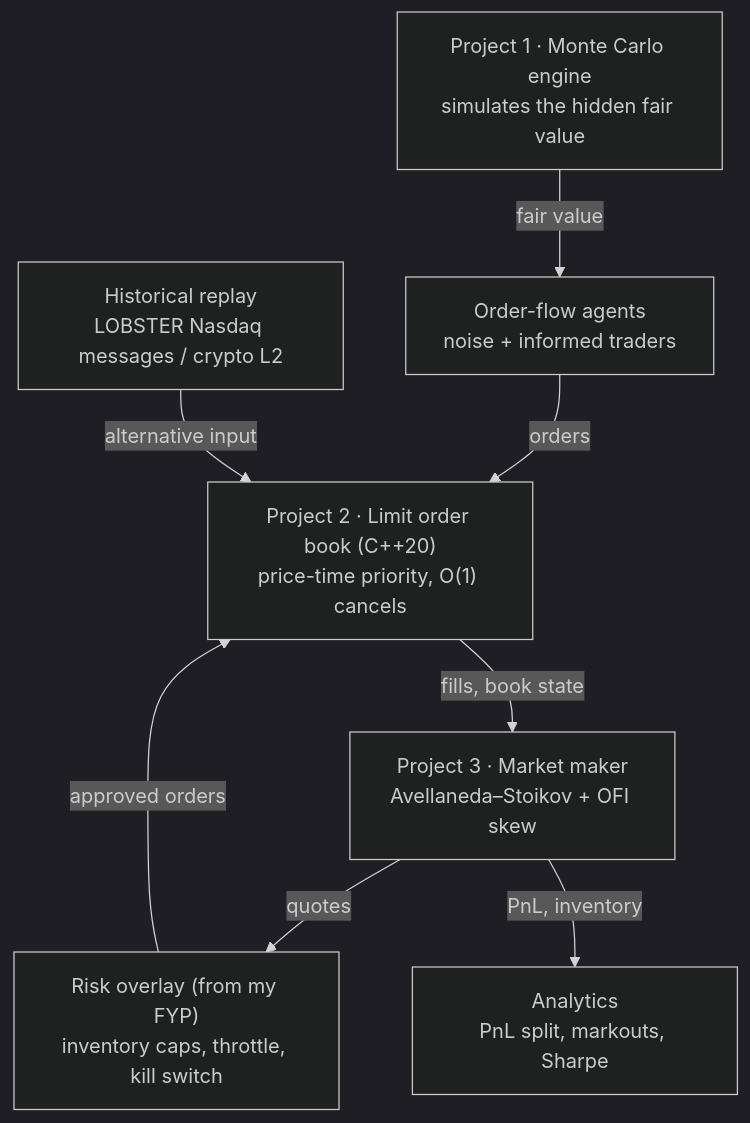
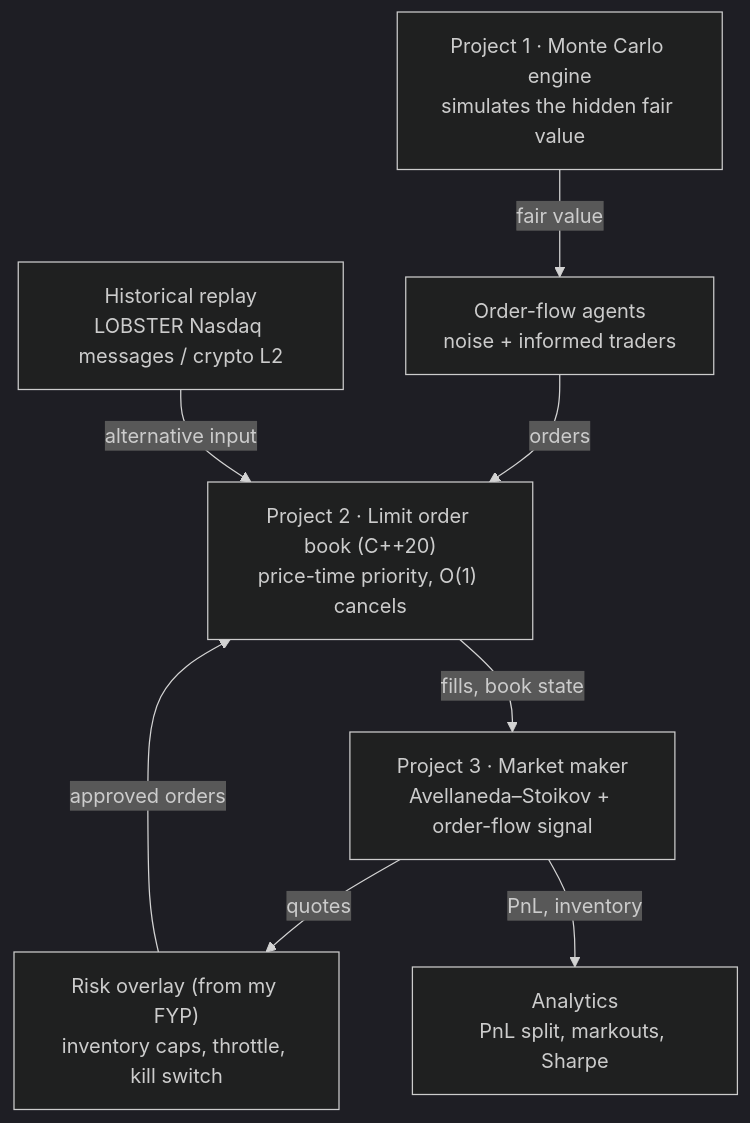
One commit to naqi-zaidi/quant-stack changed the diagram in README.md. Above: the diagram before and after it, drawn with Mermaid (dark theme). The commit also changed other lines of this file and 6 other files, not shown here.

Commit message:
Project 3 step 4: order-flow signal in Avellaneda–Stoikov, fitted walk-forward; profitable out of sample net of fees

````diff
--- a/README.md
+++ b/README.md
@@ -769,18 +845,18 @@
 ```mermaid
 flowchart TB
     MC["Project 1 · Monte Carlo engine<br/>simulates the hidden fair value"]
     REPLAY["Historical replay<br/>LOBSTER Nasdaq messages / crypto L2"]
     AGENTS["Order-flow agents<br/>noise + informed traders"]
     LOB["Project 2 · Limit order book (C++20)<br/>price-time priority, O(1) cancels"]
-    MM["Project 3 · Market maker<br/>Avellaneda–Stoikov + OFI skew"]
+    MM["Project 3 · Market maker<br/>Avellaneda–Stoikov + order-flow signal"]
     RISK["Risk overlay (from my FYP)<br/>inventory caps, throttle, kill switch"]
     AN["Analytics<br/>PnL split, markouts, Sharpe"]
 
     MC -- fair value --> AGENTS
     AGENTS -- orders --> LOB
     REPLAY -- alternative input --> LOB
     LOB -- fills, book state --> MM
     MM -- quotes --> RISK
     RISK -- approved orders --> LOB
     MM -- PnL, inventory --> AN
 ```
````
